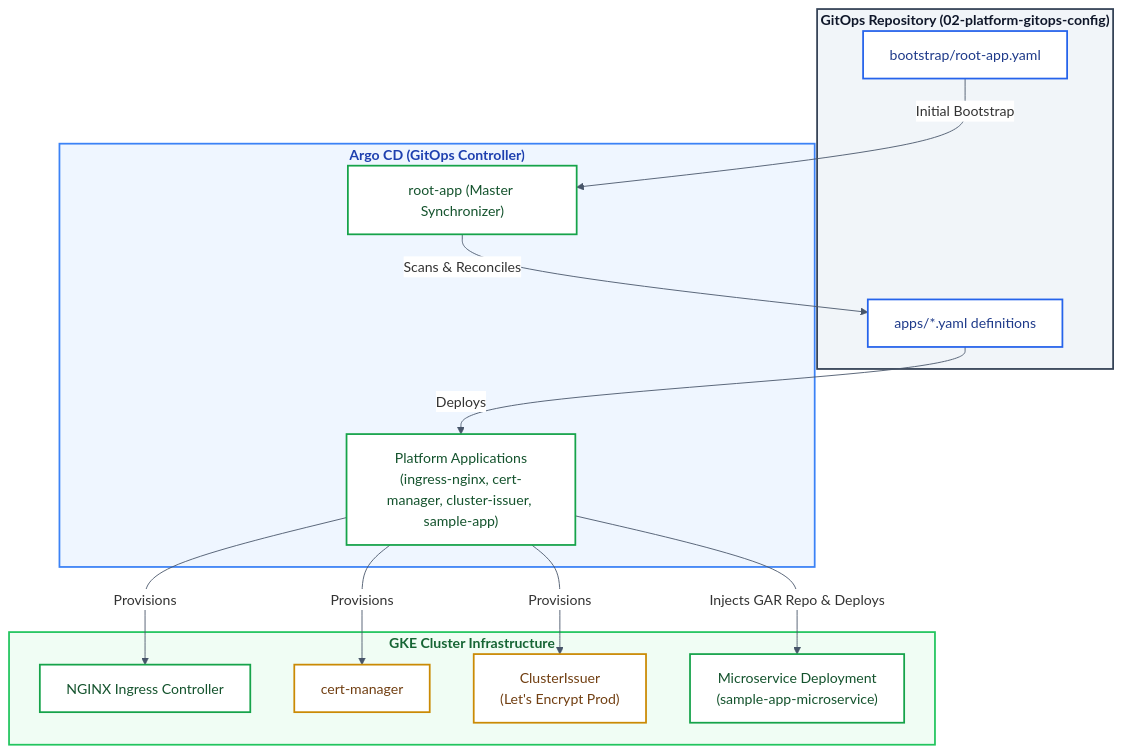
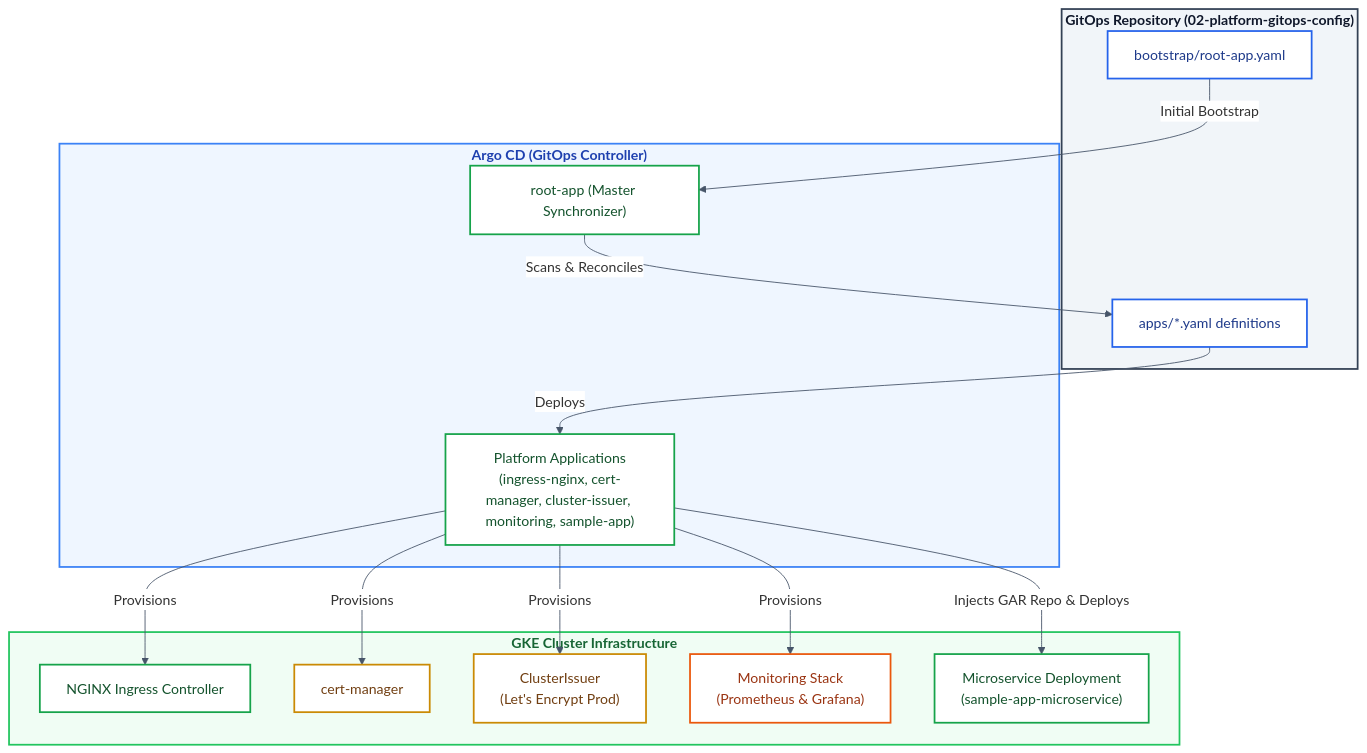
One commit to vladimir-evdokimov-pro/02-platform-gitops-config changed the diagram in README.md. Above: the diagram before and after it, drawn with Mermaid. The commit also changed other lines of this file, not shown here.

Commit message:
Update README after Grafana configuration

````diff
--- a/README.md
+++ b/README.md
@@ -31,46 +34,49 @@
 ```mermaid
 %%{
   init: {
     'theme': 'base',
     'themeVariables': {
       'primaryColor': '#ffffff',
       'primaryBorderColor': '#475569',
       'lineColor': '#475569',
       'textColor': '#0f172a'
     }
   }
 }%%
 graph TD
     style GITHUB fill:#f1f5f9,stroke:#334155,stroke-width:2px
     style ARGOCD fill:#eff6ff,stroke:#3b82f6,stroke-width:2px
     style INFRA fill:#f0fdf4,stroke:#22c55e,stroke-width:2px
 
     classDef gitBlue fill:#ffffff,stroke:#2563eb,stroke-width:2px,color:#1e3a8a;
     classDef k8sGreen fill:#ffffff,stroke:#16a34a,stroke-width:2px,color:#14532d;
     classDef certYellow fill:#ffffff,stroke:#ca8a04,stroke-width:2px,color:#713f12;
+    classDef promOrange fill:#ffffff,stroke:#ea580c,stroke-width:2px,color:#9a3412;
 
     subgraph GITHUB["<font color='#0f172a'><b>GitOps Repository (02-platform-gitops-config)</b></font>"]
         ROOT_FILE["bootstrap/root-app.yaml"]:::gitBlue
         APPS_DIR["apps/*.yaml definitions"]:::gitBlue
     end
 
     subgraph ARGOCD["<font color='#1e40af'><b>Argo CD (GitOps Controller)</b></font>"]
         ROOT_APP["root-app (Master Synchronizer)"]:::k8sGreen
-        SUB_APPS["Platform Applications<br/>(ingress-nginx, cert-manager, cluster-issuer, sample-app)"]:::k8sGreen
+        SUB_APPS["Platform Applications<br/>(ingress-nginx, cert-manager, cluster-issuer, monitoring, sample-app)"]:::k8sGreen
     end
 
     subgraph INFRA["<font color='#166534'><b>GKE Cluster Infrastructure</b></font>"]
         NGINX["NGINX Ingress Controller"]:::k8sGreen
         CERT["cert-manager"]:::certYellow
         ISSUER["ClusterIssuer<br/>(Let's Encrypt Prod)"]:::certYellow
+        MONITORING["Monitoring Stack<br/>(Prometheus & Grafana)"]:::promOrange
         WORKLOAD["Microservice Deployment<br/>(sample-app-microservice)"]:::k8sGreen
     end
 
     ROOT_FILE -->|Initial Bootstrap| ROOT_APP
     ROOT_APP -->|Scans & Reconciles| APPS_DIR
     APPS_DIR -->|Deploys| SUB_APPS
     SUB_APPS -->|Provisions| NGINX
     SUB_APPS -->|Provisions| CERT
     SUB_APPS -->|Provisions| ISSUER
+    SUB_APPS -->|Provisions| MONITORING
     SUB_APPS -->|Injects GAR Repo & Deploys| WORKLOAD
 ```
````
